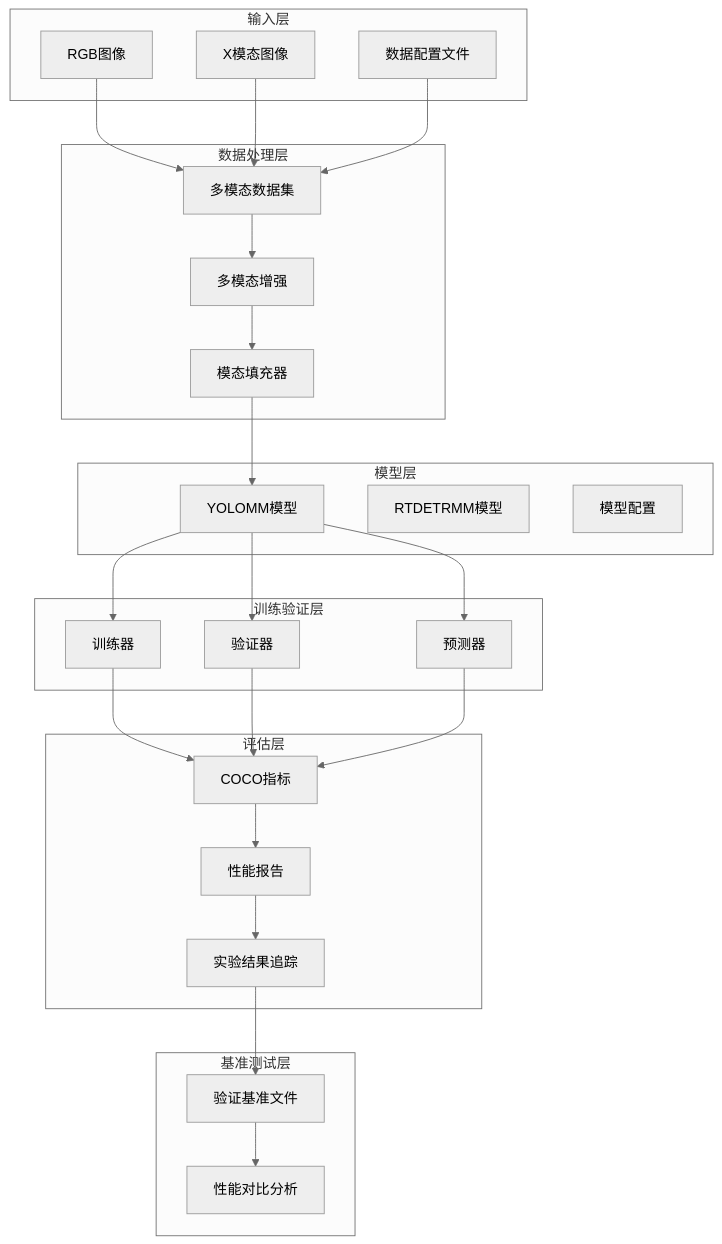
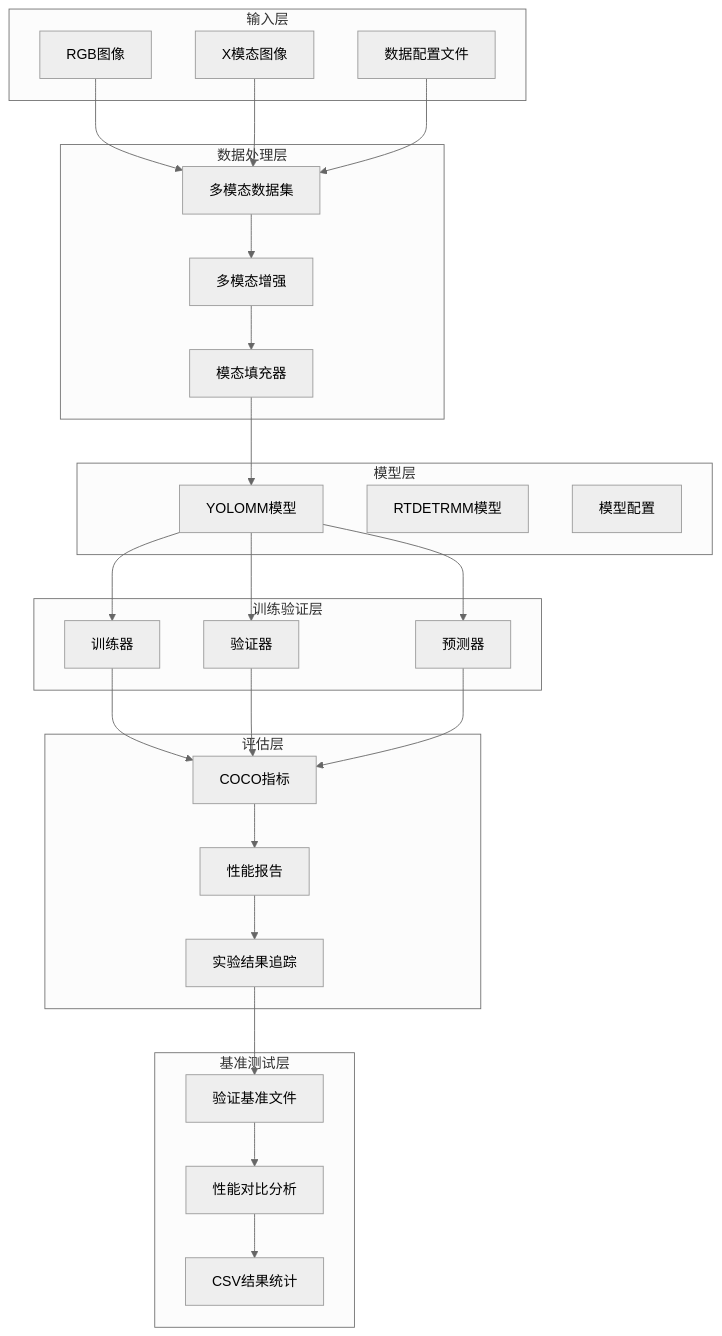
One commit to 2208754827/MM-IMPROVE changed the fifth of 9 diagrams in .qoder/repowiki/zh/content/模型配置与管理/训练配置管理/多模态训练验证系统.md. Above: the diagram before and after it, drawn with Mermaid (neutral theme). The commit also changed other lines of this file and 411 other files, not shown here.

````diff
--- a/.qoder/repowiki/zh/content/模型配置与管理/训练配置管理/多模态训练验证系统.md
+++ b/.qoder/repowiki/zh/content/模型配置与管理/训练配置管理/多模态训练验证系统.md
@@ -219,48 +225,50 @@
 ```mermaid
 graph TB
 subgraph "输入层"
 A[RGB图像]
 B[X模态图像]
 C[数据配置文件]
 end
 subgraph "数据处理层"
 D[多模态数据集]
 E[多模态增强]
 F[模态填充器]
 end
 subgraph "模型层"
 G[YOLOMM模型]
 H[RTDETRMM模型]
 I[模型配置]
 end
 subgraph "训练验证层"
 J[训练器]
 K[验证器]
 L[预测器]
 end
 subgraph "评估层"
 M[COCO指标]
 N[性能报告]
 O[实验结果追踪]
 end
 subgraph "基准测试层"
 P[验证基准文件]
 Q[性能对比分析]
+R[CSV结果统计]
 end
 A --> D
 B --> D
 C --> D
 D --> E
 E --> F
 F --> G
 G --> J
 G --> K
 G --> L
 J --> M
 K --> M
 L --> M
 M --> N
 N --> O
 O --> P
 P --> Q
+Q --> R
 ```
````
